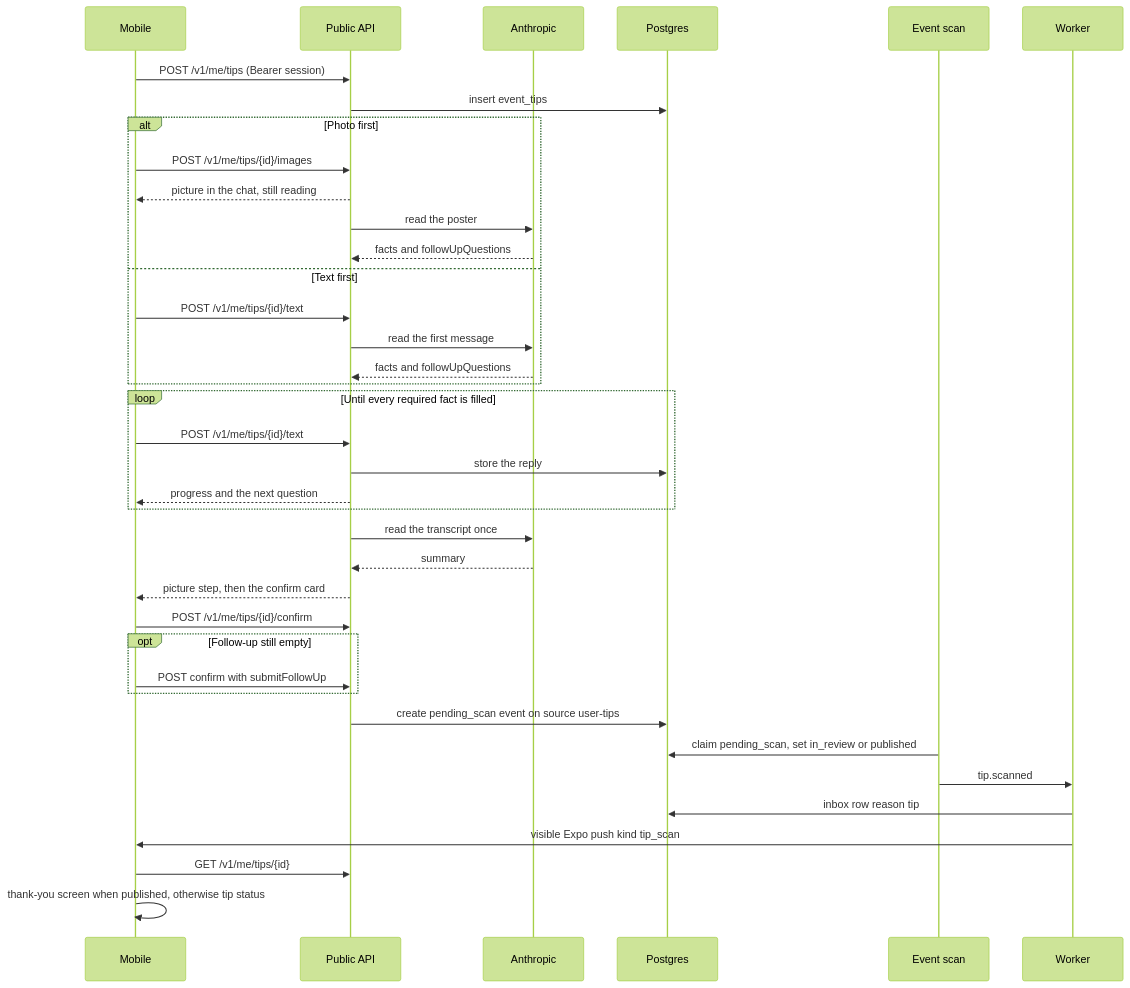
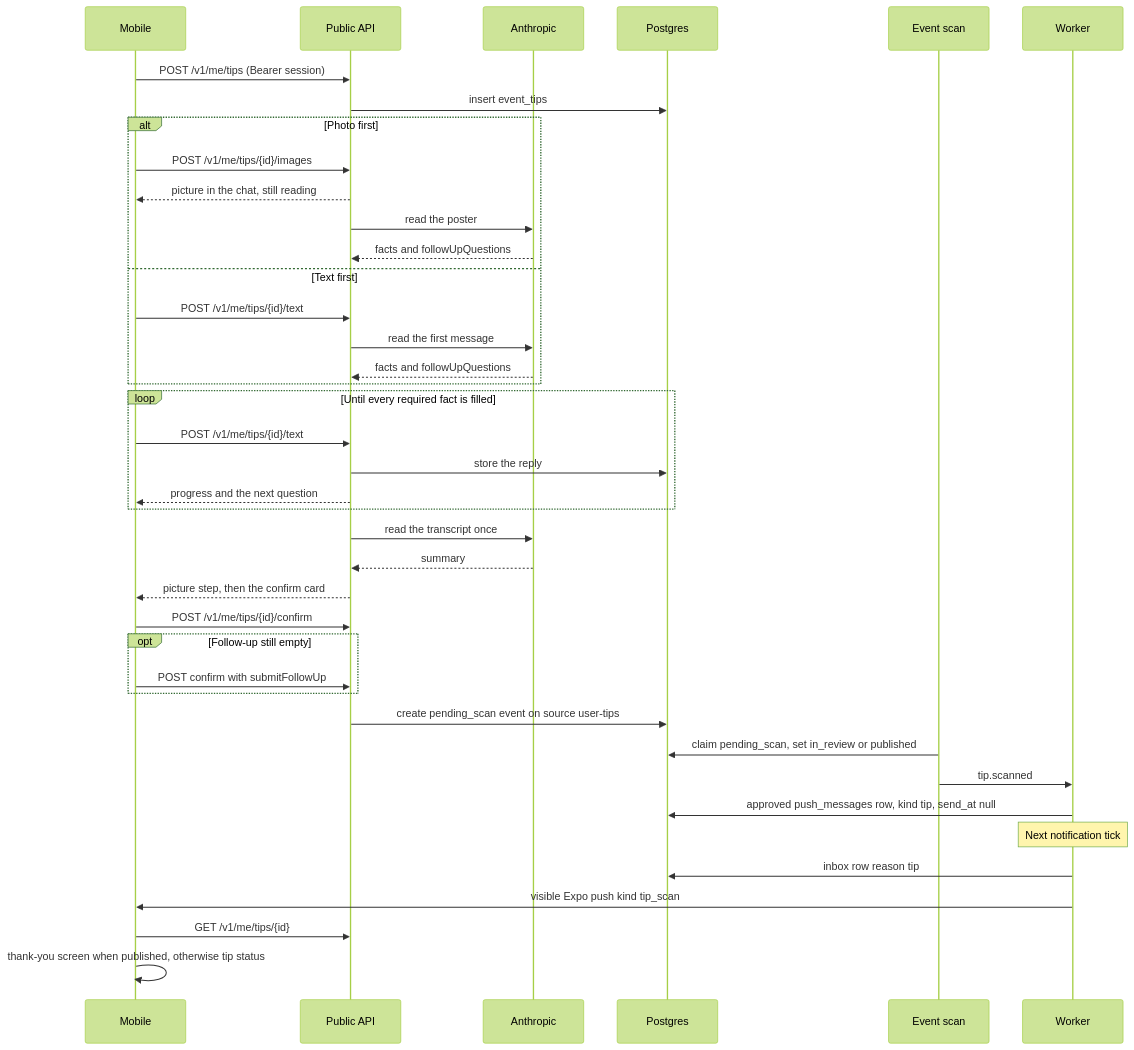
Before and after one commit to BradleySmallbottoms/evently: the diagram in docs/flows/event-tips.md, drawn with Mermaid (forest theme). The commit also changed 84 other files, not shown here.

````diff
--- a/docs/flows/event-tips.md
+++ b/docs/flows/event-tips.md
@@ -10,41 +10,43 @@
 ```mermaid
 sequenceDiagram
   participant App as Mobile
   participant API as Public API
   participant Model as Anthropic
   participant DB as Postgres
   participant Scan as Event scan
   participant Worker as Worker
 
   App->>API: POST /v1/me/tips (Bearer session)
   API->>DB: insert event_tips
   alt Photo first
     App->>API: POST /v1/me/tips/{id}/images
     API-->>App: picture in the chat, still reading
     API->>Model: read the poster
     Model-->>API: facts and followUpQuestions
   else Text first
     App->>API: POST /v1/me/tips/{id}/text
     API->>Model: read the first message
     Model-->>API: facts and followUpQuestions
   end
   loop Until every required fact is filled
     App->>API: POST /v1/me/tips/{id}/text
     API->>DB: store the reply
     API-->>App: progress and the next question
   end
   API->>Model: read the transcript once
   Model-->>API: summary
   API-->>App: picture step, then the confirm card
   App->>API: POST /v1/me/tips/{id}/confirm
   opt Follow-up still empty
     App->>API: POST confirm with submitFollowUp
   end
   API->>DB: create pending_scan event on source user-tips
   Scan->>DB: claim pending_scan, set in_review or published
   Scan->>Worker: tip.scanned
+  Worker->>DB: approved push_messages row, kind tip, send_at null
+  Note over Worker: Next notification tick
   Worker->>DB: inbox row reason tip
   Worker->>App: visible Expo push kind tip_scan
   App->>API: GET /v1/me/tips/{id}
   App->>App: thank-you screen when published, otherwise tip status
 ```
````
